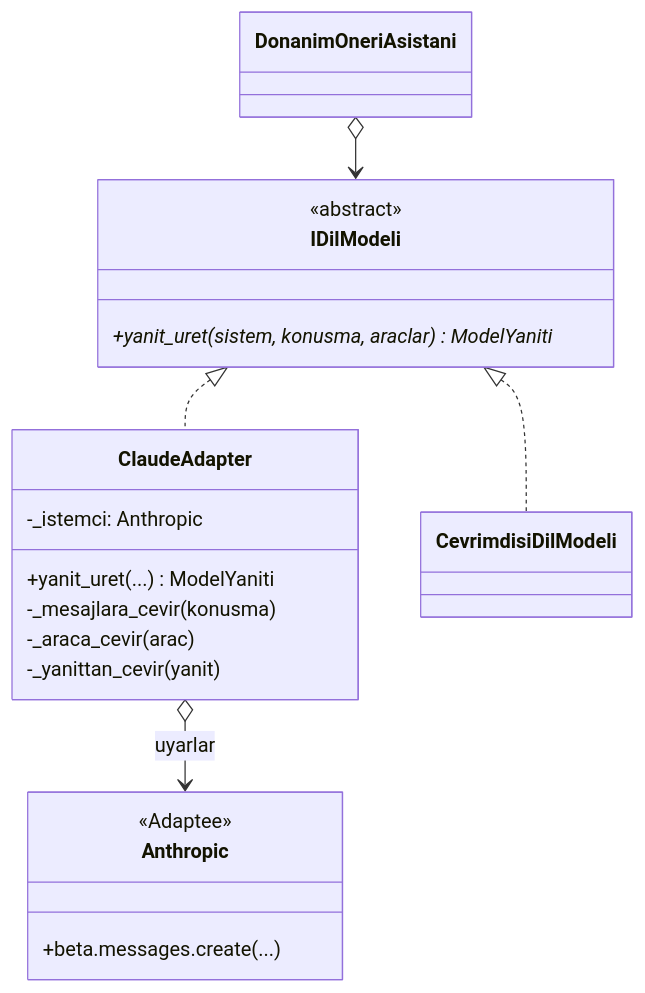
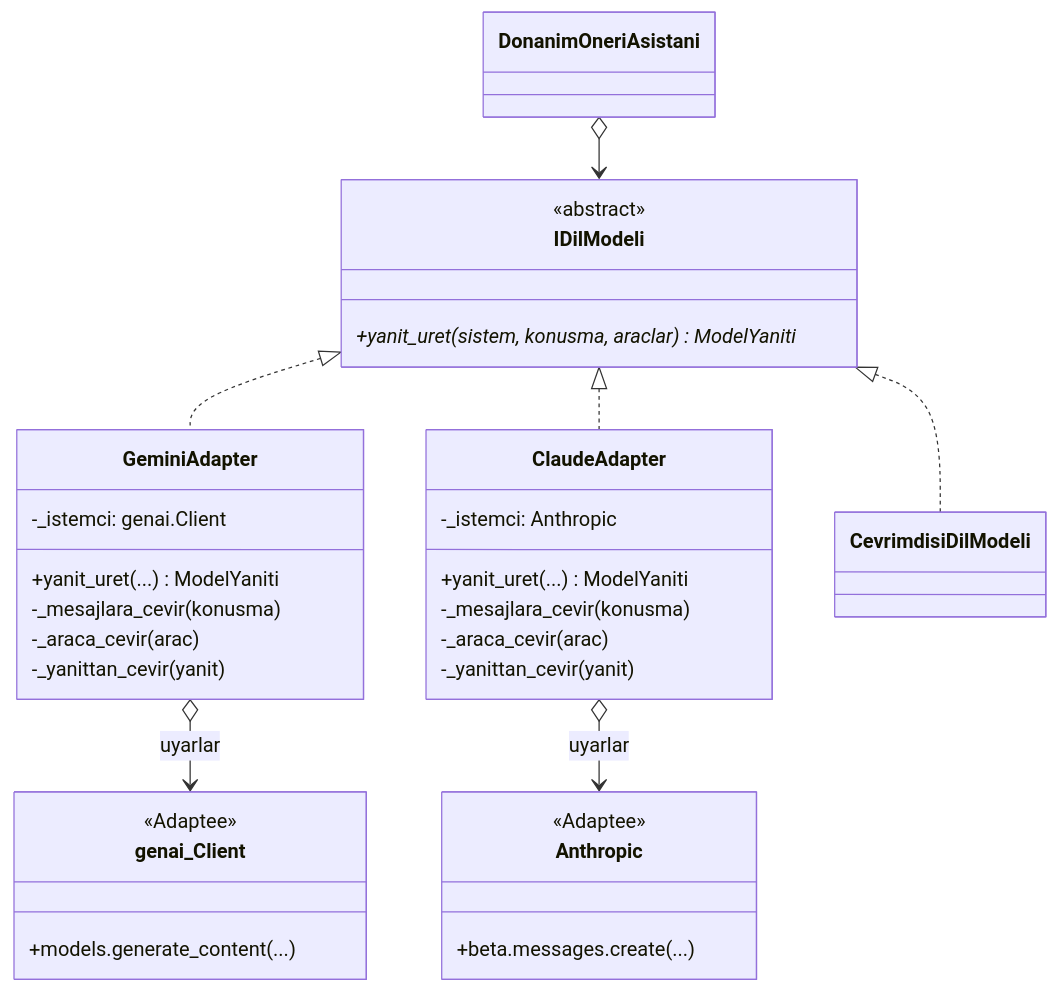
Before and after one commit to kamurangenc/pc-siparis-sistemi: the diagram in docs/uml/6_adapter.mmd, drawn with Mermaid. The commit also changed 8 other files, not shown here.

```diff
--- a/docs/uml/6_adapter.mmd
+++ b/docs/uml/6_adapter.mmd
@@ -1,20 +1,33 @@
 classDiagram
     class IDilModeli {
         <<abstract>>
         +yanit_uret(sistem, konusma, araclar)* ModelYaniti
     }
     class ClaudeAdapter {
         -_istemci: Anthropic
         +yanit_uret(...) ModelYaniti
         -_mesajlara_cevir(konusma)
         -_araca_cevir(arac)
         -_yanittan_cevir(yanit)
     }
+    class GeminiAdapter {
+        -_istemci: genai.Client
+        +yanit_uret(...) ModelYaniti
+        -_mesajlara_cevir(konusma)
+        -_araca_cevir(arac)
+        -_yanittan_cevir(yanit)
+    }
+    class genai_Client {
+        <<Adaptee>>
+        +models.generate_content(...)
+    }
     class Anthropic {
         <<Adaptee>>
         +beta.messages.create(...)
     }
+    IDilModeli <|.. GeminiAdapter
     IDilModeli <|.. ClaudeAdapter
     IDilModeli <|.. CevrimdisiDilModeli
+    GeminiAdapter o--> genai_Client : uyarlar
     ClaudeAdapter o--> Anthropic : uyarlar
     DonanimOneriAsistani o--> IDilModeli
```
